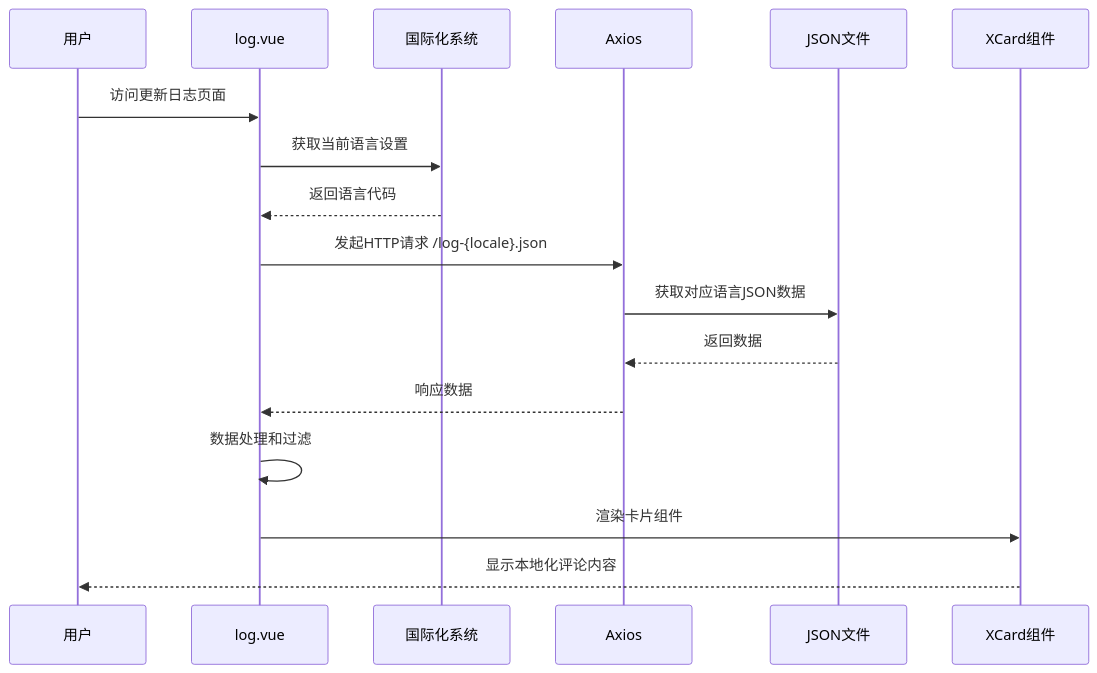
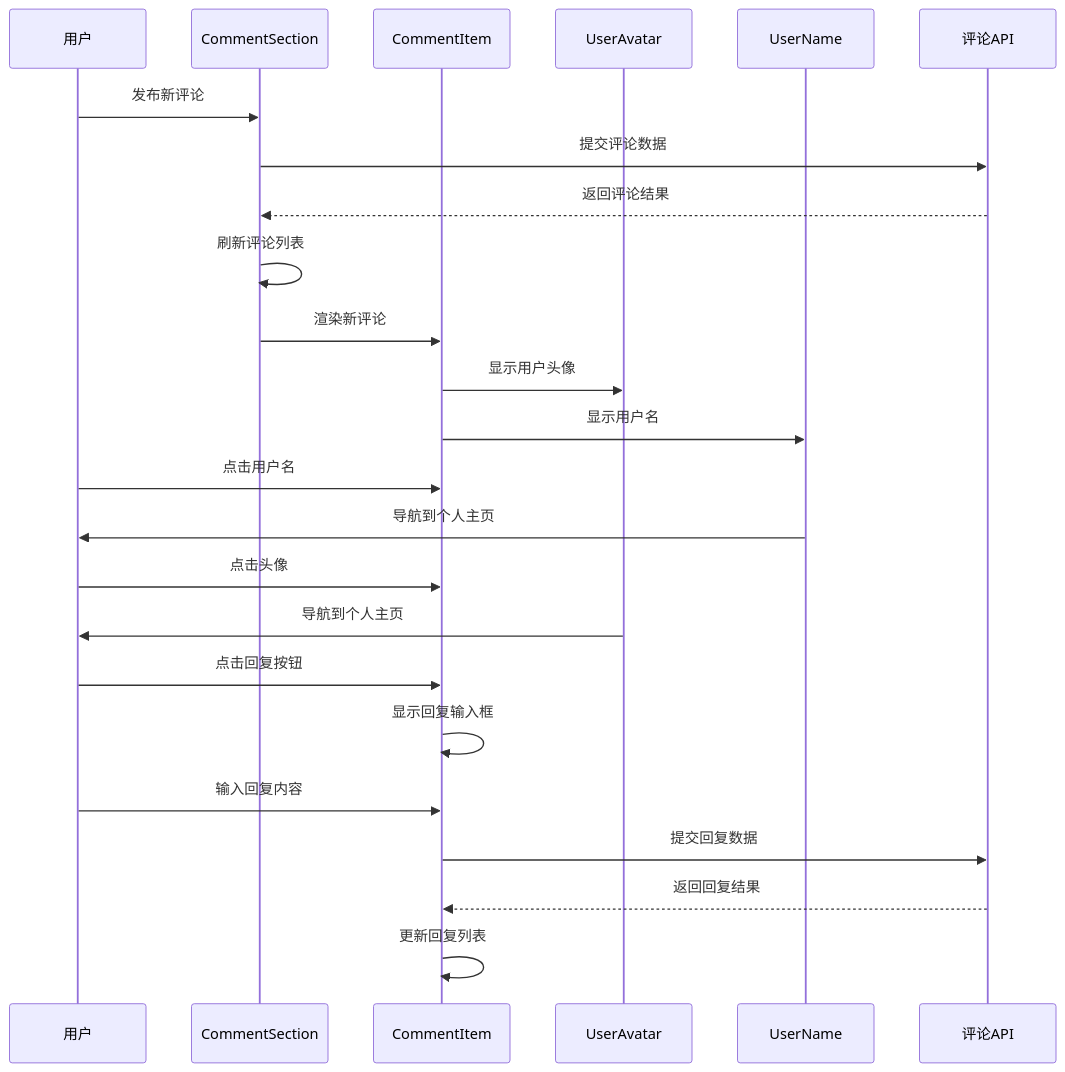
The third of 5 diagrams in .qoder/repowiki/zh/content/前端应用/组件架构/业务组件/前端评论组件.md (TinyMaD/SpeedRunnersLab), drawn with Mermaid before and after one commit. The commit also changed other lines of this file and 9 other files, not shown here.

````diff
--- a/.qoder/repowiki/zh/content/前端应用/组件架构/业务组件/前端评论组件.md
+++ b/.qoder/repowiki/zh/content/前端应用/组件架构/业务组件/前端评论组件.md
@@ -230,19 +206,26 @@
 ```mermaid
 sequenceDiagram
 participant U as 用户
-participant V as log.vue
-participant I as 国际化系统
-participant A as Axios
-participant J as JSON文件
-participant C as XCard组件
-U->>V : 访问更新日志页面
-V->>I : 获取当前语言设置
-I-->>V : 返回语言代码
-V->>A : 发起HTTP请求 /log-{locale}.json
-A->>J : 获取对应语言JSON数据
-J-->>A : 返回数据
-A-->>V : 响应数据
-V->>V : 数据处理和过滤
-V->>C : 渲染卡片组件
-C-->>U : 显示本地化评论内容
+participant CS as CommentSection
+participant CI as CommentItem
+participant UA as UserAvatar
+participant UN as UserName
+participant API as 评论API
+U->>CS : 发布新评论
+CS->>API : 提交评论数据
+API-->>CS : 返回评论结果
+CS->>CS : 刷新评论列表
+CS->>CI : 渲染新评论
+CI->>UA : 显示用户头像
+CI->>UN : 显示用户名
+U->>CI : 点击用户名
+UN->>U : 导航到个人主页
+U->>CI : 点击头像
+UA->>U : 导航到个人主页
+U->>CI : 点击回复按钮
+CI->>CI : 显示回复输入框
+U->>CI : 输入回复内容
+CI->>API : 提交回复数据
+API-->>CI : 返回回复结果
+CI->>CI : 更新回复列表
 ```
````
